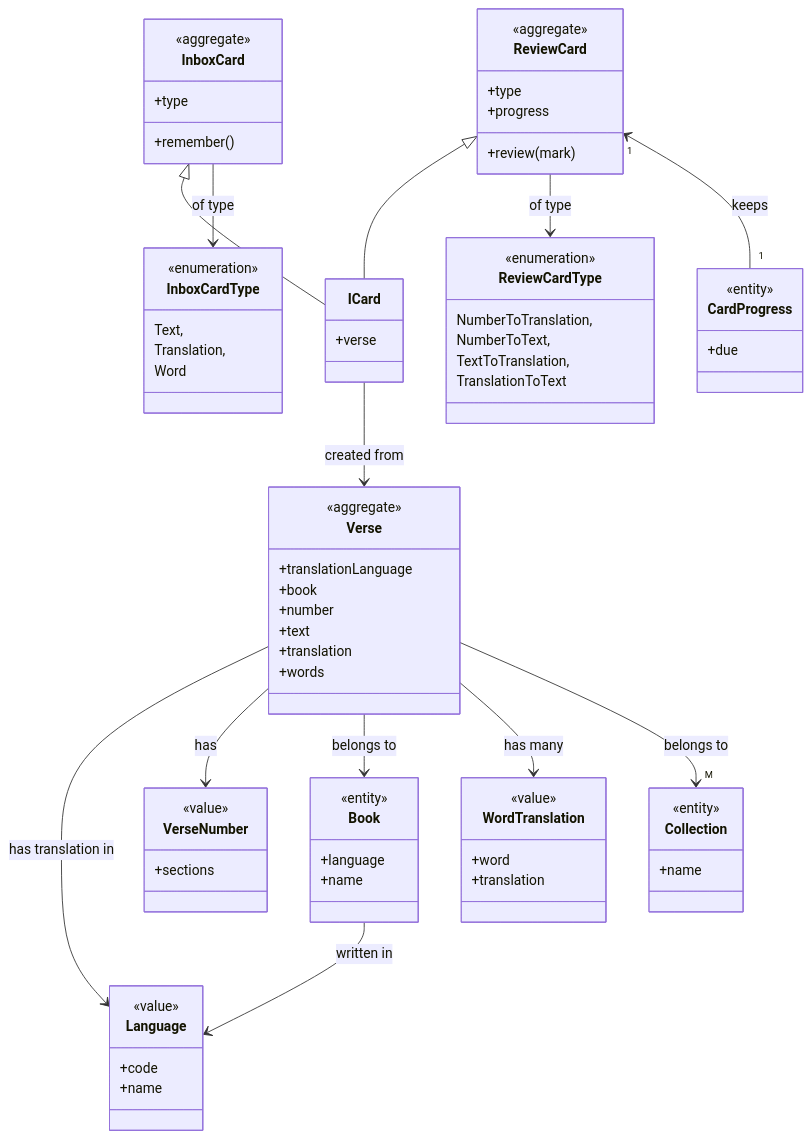
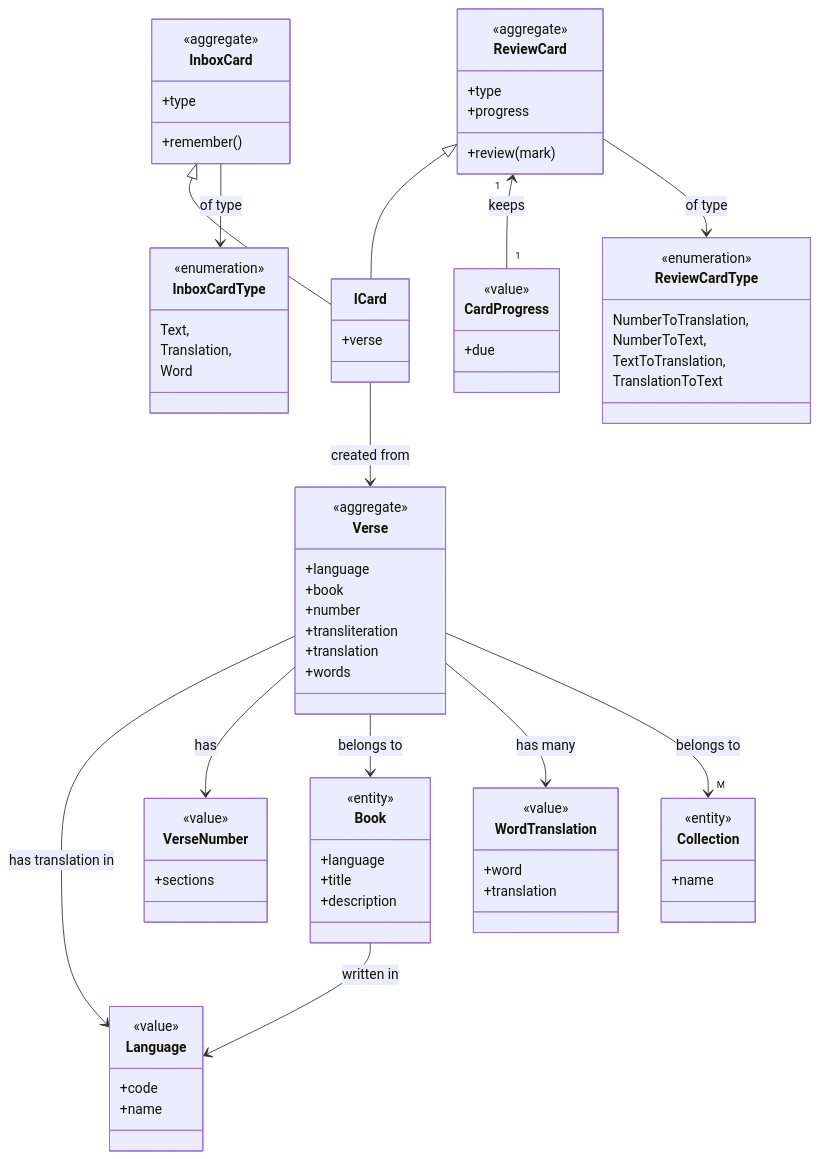
One commit to akdasa-studios/shlokas changed the diagram in docs/models.md. Above: the diagram before and after it, drawn with Mermaid.

```diff
--- a/docs/models.md
+++ b/docs/models.md
@@ -22,7 +22,8 @@
 class Book {
     <<entity>>
     +language
-    +name
+    +title
+    +description
 }
 
 class WordTranslation {
@@ -33,10 +34,10 @@
 
 class Verse {
     <<aggregate>>
-    +translationLanguage
+    +language
     +book
     +number
-    +text
+    +transliteration
     +translation
     +words
 }
@@ -74,7 +75,7 @@
 }
 
 class CardProgress {
-    <<entity>>
+    <<value>>
     +due
 }
 
@@ -89,8 +90,8 @@
 ICard --> Verse : created from
 
 ReviewCard <|-- ICard
+ReviewCard "1" <-- "1" CardProgress : keeps
 ReviewCard --> ReviewCardType : of type
-ReviewCard "1" <-- "1" CardProgress : keeps
 
 InboxCard <|-- ICard
 InboxCard --> InboxCardType : of type
```
